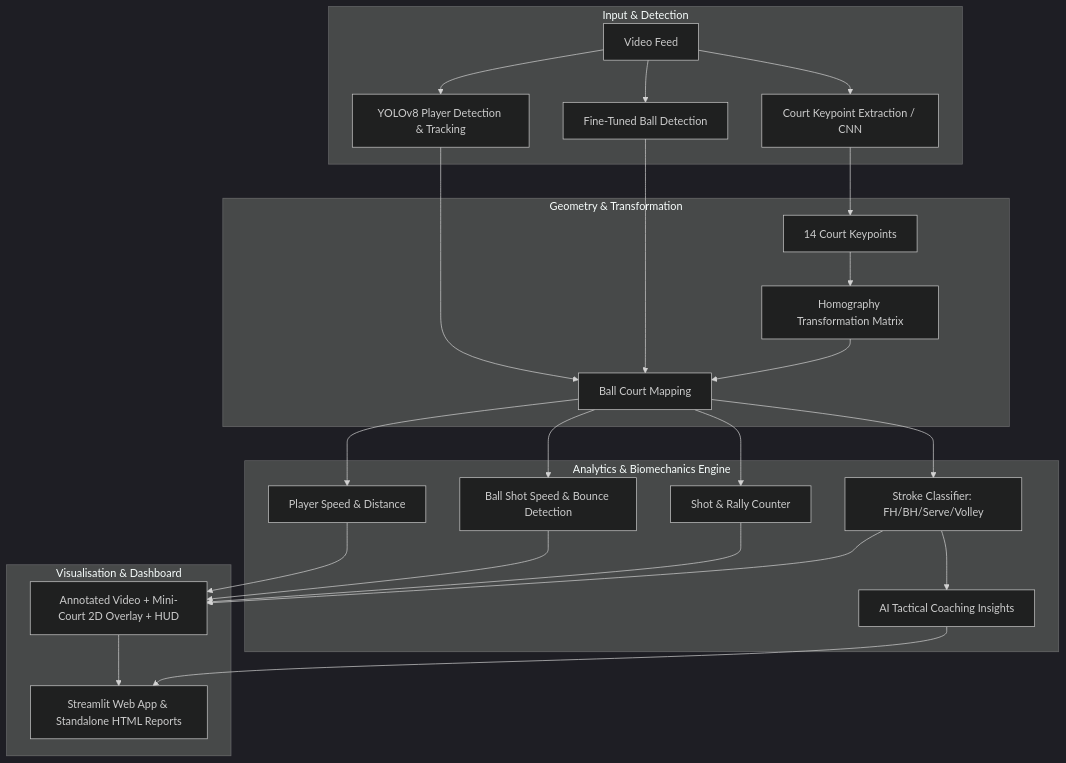
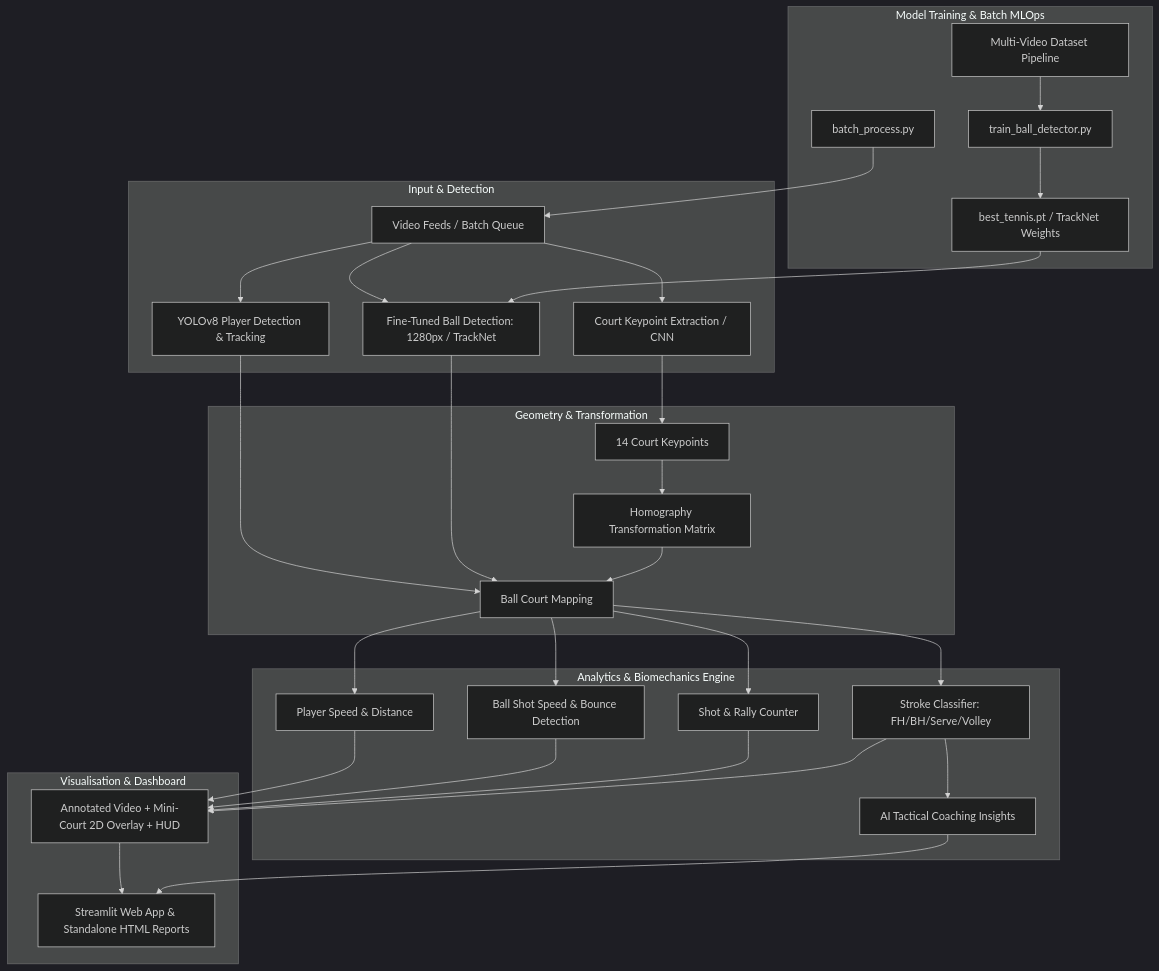
One commit to water-bear-dev/tennis-visualiser changed the diagram in features.md. Above: the diagram before and after it, drawn with Mermaid (dark theme). The commit also changed other lines of this file and 8 other files, not shown here.

Commit message:
feat: implement automated training pipeline with auto-labeling, batch frame extraction, and custom detector training scripts.

````diff
--- a/features.md
+++ b/features.md
@@ -9,33 +9,40 @@
 ```mermaid
 graph TD
     subgraph Input & Detection
-        V[Video Feed] --> YP[YOLOv8 Player Detection & Tracking]
-        V --> YB[Fine-Tuned Ball Detection]
+        V[Video Feeds / Batch Queue] --> YP[YOLOv8 Player Detection & Tracking]
+        V --> YB[Fine-Tuned Ball Detection: 1280px / TrackNet]
         V --> CK[Court Keypoint Extraction / CNN]
     end
 
     subgraph Geometry & Transformation
         CK --> HK[14 Court Keypoints]
         HK --> HM[Homography Transformation Matrix]
         YP --> MC[Player Court Mapping]
         YB --> MC[Ball Court Mapping]
         HM --> MC
     end
 
     subgraph Analytics & Biomechanics Engine
         MC --> PS[Player Speed & Distance]
         MC --> BS[Ball Shot Speed & Bounce Detection]
         MC --> SC[Shot & Rally Counter]
         MC --> ST[Stroke Classifier: FH/BH/Serve/Volley]
         ST --> CG[AI Tactical Coaching Insights]
     end
 
     subgraph Visualisation & Dashboard
         PS --> AN[Annotated Video + Mini-Court 2D Overlay + HUD]
         BS --> AN
         SC --> AN
         ST --> AN
         AN --> ST_UI[Streamlit Web App & Standalone HTML Reports]
         CG --> ST_UI
     end
+
+    subgraph Model Training & Batch MLOps
+        MF[Multi-Video Dataset Pipeline] --> TF[train_ball_detector.py]
+        TF --> MW[best_tennis.pt / TrackNet Weights]
+        MW --> YB
+        BP[batch_process.py] --> V
+    end
 ```
````
